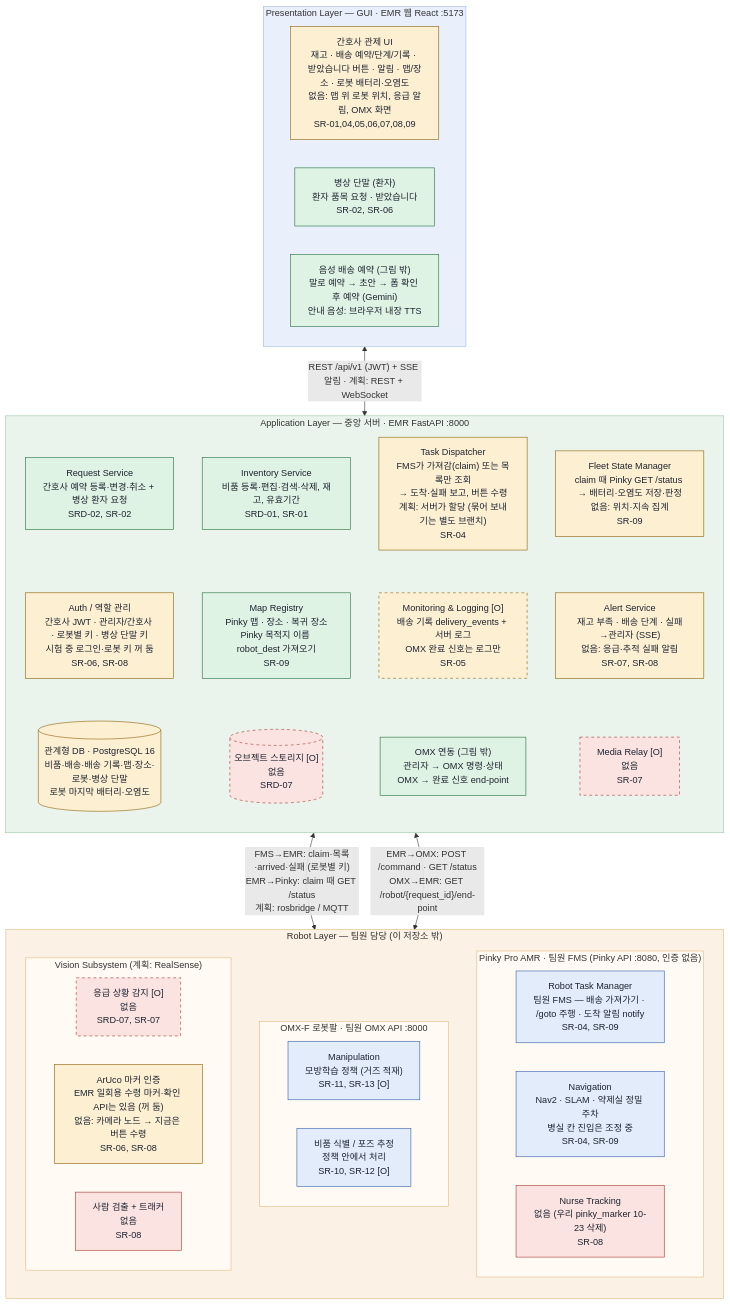
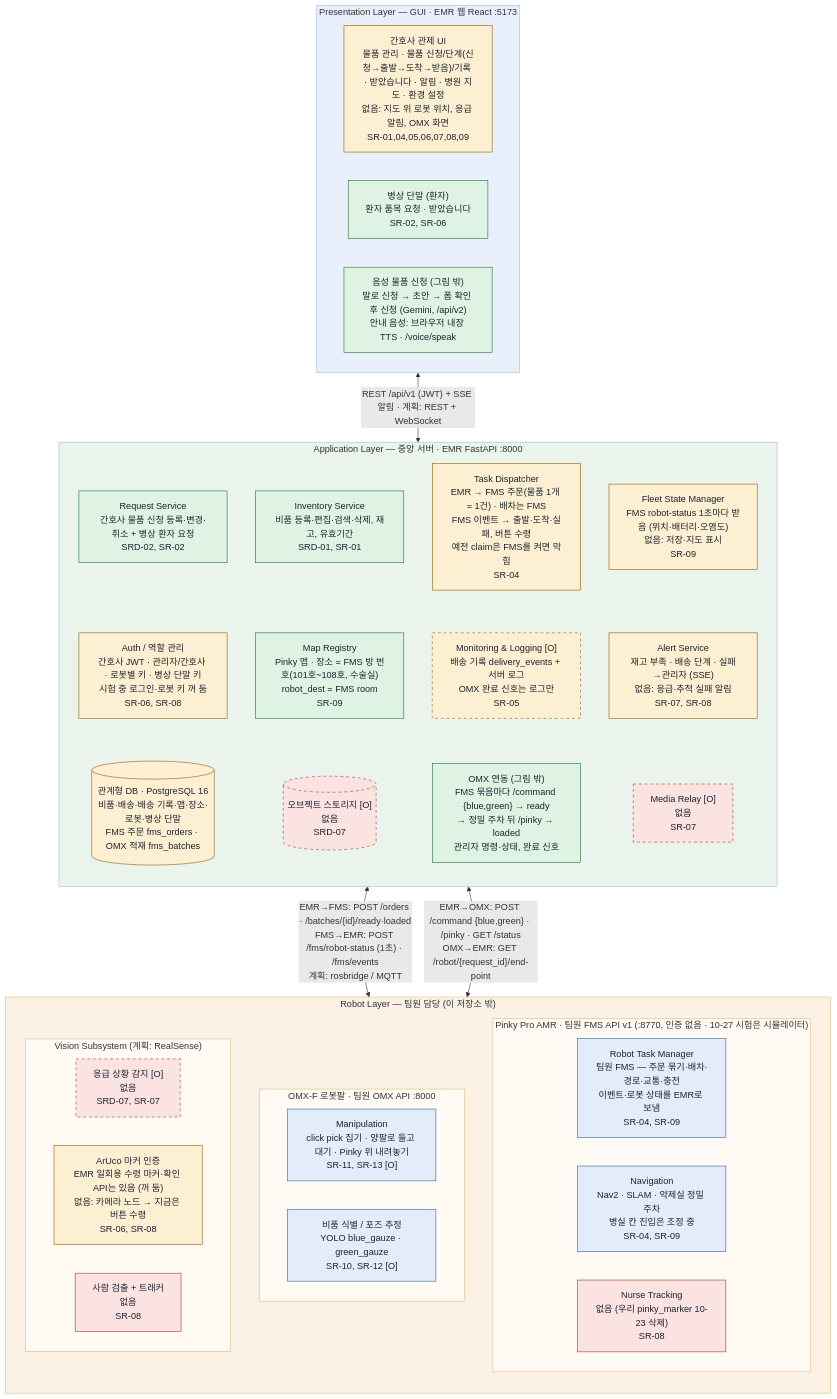
Before and after one commit to kernel-robot-9th/kernel-robot-repo-2: the diagram in docs/architecture/sw_3layer.mmd, drawn with Mermaid. The commit also changed 43 other files, not shown here.

First line of the commit message:
EMR ↔ FMS API v1·OMX 연동: 주문 보내기·이벤트로 배송 단계, FMS 묶음을 실제 OMX로 싣기 + 아키텍처 10-27

```diff
--- a/docs/architecture/sw_3layer.mmd
+++ b/docs/architecture/sw_3layer.mmd
@@ -1,72 +1,73 @@
 flowchart TB
-  %% 병원 배송 로봇 SW 3계층 구조 — 지금 구현 기준 (2026-10-26, calibration 브랜치)
+  %% 병원 배송 로봇 SW 3계층 구조 — 지금 구현 기준 (2026-10-27, calibration 브랜치)
+  %% EMR = 상위 관제: 바깥 연결은 팀원 FMS·팀원 OMX 둘뿐 (Pinky에 직접 붙지 않음)
   %% draw.io: Arrange > Insert > Advanced > Mermaid 에 붙여 넣기
   %% 색: 초록=구현 / 노랑=일부·다르게 / 빨강=없음 / 파랑=팀원 담당(이 저장소 밖), 점선 테두리=Priority O(옵션)
   %% 뺀 것: 비상 조작 콘솔, Safety Monitor
 
   subgraph P["Presentation Layer — GUI · EMR 웹 React :5173"]
     direction LR
-    UI["간호사 관제 UI<br/>재고 · 배송 예약/단계/기록 · 받았습니다 버튼 · 알림 · 맵/장소 · 로봇 배터리·오염도<br/>없음: 맵 위 로봇 위치, 응급 알림, OMX 화면<br/>SR-01,04,05,06,07,08,09"]:::part
+    UI["간호사 관제 UI<br/>물품 관리 · 물품 신청/단계(신청→출발→도착→받음)/기록 · 받았습니다 · 알림 · 병원 지도 · 환경 설정<br/>없음: 지도 위 로봇 위치, 응급 알림, OMX 화면<br/>SR-01,04,05,06,07,08,09"]:::part
     BED["병상 단말 (환자)<br/>환자 품목 요청 · 받았습니다<br/>SR-02, SR-06"]:::ok
-    VOI["음성 배송 예약 (그림 밖)<br/>말로 예약 → 초안 → 폼 확인 후 예약 (Gemini)<br/>안내 음성: 브라우저 내장 TTS"]:::ok
+    VOI["음성 물품 신청 (그림 밖)<br/>말로 신청 → 초안 → 폼 확인 후 신청 (Gemini, /api/v2)<br/>안내 음성: 브라우저 내장 TTS · /voice/speak"]:::ok
   end
 
   subgraph A["Application Layer — 중앙 서버 · EMR FastAPI :8000"]
     direction TB
-    REQ["Request Service<br/>간호사 예약 등록·변경·취소 + 병상 환자 요청<br/>SRD-02, SR-02"]:::ok
+    REQ["Request Service<br/>간호사 물품 신청 등록·변경·취소 + 병상 환자 요청<br/>SRD-02, SR-02"]:::ok
     INV["Inventory Service<br/>비품 등록·편집·검색·삭제, 재고, 유효기간<br/>SRD-01, SR-01"]:::ok
-    DSP["Task Dispatcher<br/>FMS가 가져감(claim) 또는 목록만 조회<br/>→ 도착·실패 보고, 버튼 수령<br/>계획: 서버가 할당 (묶어 보내기는 별도 브랜치)<br/>SR-04"]:::part
-    FLT["Fleet State Manager<br/>claim 때 Pinky GET /status → 배터리·오염도 저장·판정<br/>없음: 위치·지속 집계<br/>SR-09"]:::part
+    DSP["Task Dispatcher<br/>EMR → FMS 주문(물품 1개 = 1건) · 배차는 FMS<br/>FMS 이벤트 → 출발·도착·실패, 버튼 수령<br/>예전 claim은 FMS를 켜면 막힘<br/>SR-04"]:::part
+    FLT["Fleet State Manager<br/>FMS robot-status 1초마다 받음 (위치·배터리·오염도)<br/>없음: 저장·지도 표시<br/>SR-09"]:::part
     ALT["Alert Service<br/>재고 부족 · 배송 단계 · 실패→관리자 (SSE)<br/>없음: 응급·추적 실패 알림<br/>SR-07, SR-08"]:::part
     AUTH["Auth / 역할 관리<br/>간호사 JWT · 관리자/간호사 · 로봇별 키 · 병상 단말 키<br/>시험 중 로그인·로봇 키 꺼 둠<br/>SR-06, SR-08"]:::part
     LOG["Monitoring & Logging [O]<br/>배송 기록 delivery_events + 서버 로그<br/>OMX 완료 신호는 로그만<br/>SR-05"]:::partopt
     MED["Media Relay [O]<br/>없음<br/>SR-07"]:::noneopt
-    MAP["Map Registry<br/>Pinky 맵 · 장소 · 복귀 장소<br/>Pinky 목적지 이름 robot_dest 가져오기<br/>SR-09"]:::ok
-    OMXC["OMX 연동 (그림 밖)<br/>관리자 → OMX 명령·상태<br/>OMX → 완료 신호 end-point"]:::ok
-    DB[("관계형 DB · PostgreSQL 16<br/>비품·배송·배송 기록·맵·장소·로봇·병상 단말<br/>로봇 마지막 배터리·오염도")]:::part
+    MAP["Map Registry<br/>Pinky 맵 · 장소 = FMS 방 번호(101호~108호, 수술실)<br/>robot_dest = FMS room<br/>SR-09"]:::ok
+    OMXC["OMX 연동 (그림 밖)<br/>FMS 묶음마다 /command {blue,green} → ready<br/>→ 정밀 주차 뒤 /pinky → loaded<br/>관리자 명령·상태, 완료 신호"]:::ok
+    DB[("관계형 DB · PostgreSQL 16<br/>비품·배송·배송 기록·맵·장소·로봇·병상 단말<br/>FMS 주문 fms_orders · OMX 적재 fms_batches")]:::part
     OBJ[("오브젝트 스토리지 [O]<br/>없음<br/>SRD-07")]:::noneopt
     %% 보이지 않는 연결로 4열 배치 (서비스 → 횡단 기능 → 저장소)
     REQ ~~~ AUTH ~~~ DB
     INV ~~~ MAP ~~~ OBJ
     DSP ~~~ LOG ~~~ OMXC
     FLT ~~~ ALT ~~~ MED
   end
 
   subgraph R["Robot Layer — 팀원 담당 (이 저장소 밖)"]
     direction TB
-    subgraph RP["Pinky Pro AMR · 팀원 FMS (Pinky API :8080, 인증 없음)"]
+    subgraph RP["Pinky Pro AMR · 팀원 FMS API v1 (:8770, 인증 없음 · 10-27 시험은 시뮬레이터)"]
       direction LR
-      RTM["Robot Task Manager<br/>팀원 FMS — 배송 가져가기 · /goto 주행 · 도착 알림 notify<br/>SR-04, SR-09"]:::team
+      RTM["Robot Task Manager<br/>팀원 FMS — 주문 묶기·배차·경로·교통·충전<br/>이벤트·로봇 상태를 EMR로 보냄<br/>SR-04, SR-09"]:::team
       NAV["Navigation<br/>Nav2 · SLAM · 약제실 정밀 주차<br/>병실 칸 진입은 조정 중<br/>SR-04, SR-09"]:::team
       TRK["Nurse Tracking<br/>없음 (우리 pinky_marker 10-23 삭제)<br/>SR-08"]:::none
     end
     subgraph RO["OMX-F 로봇팔 · 팀원 OMX API :8000"]
       direction LR
-      MAN["Manipulation<br/>모방학습 정책 (거즈 적재)<br/>SR-11, SR-13 [O]"]:::team
-      VID["비품 식별 / 포즈 추정<br/>정책 안에서 처리<br/>SR-10, SR-12 [O]"]:::team
+      MAN["Manipulation<br/>click pick 집기 · 양팔로 들고 대기 · Pinky 위 내려놓기<br/>SR-11, SR-13 [O]"]:::team
+      VID["비품 식별 / 포즈 추정<br/>YOLO blue_gauze · green_gauze<br/>SR-10, SR-12 [O]"]:::team
     end
     subgraph V["Vision Subsystem (계획: RealSense)"]
       direction LR
       EMG["응급 상황 감지 [O]<br/>없음<br/>SRD-07, SR-07"]:::noneopt
       ARU["ArUco 마커 인증<br/>EMR 일회용 수령 마커·확인 API는 있음 (꺼 둠)<br/>없음: 카메라 노드 → 지금은 버튼 수령<br/>SR-06, SR-08"]:::part
       PER["사람 검출 + 트래커<br/>없음<br/>SR-08"]:::none
     end
   end
 
   P <-->|"REST /api/v1 (JWT) + SSE 알림 · 계획: REST + WebSocket"| A
-  A <-->|"FMS→EMR: claim·목록·arrived·실패 (로봇별 키)<br/>EMR→Pinky: claim 때 GET /status<br/>계획: rosbridge / MQTT"| RP
-  A <-->|"EMR→OMX: POST /command · GET /status<br/>OMX→EMR: GET /robot/{request_id}/end-point"| RO
+  A <-->|"EMR→FMS: POST /orders · /batches/{id}/ready·loaded<br/>FMS→EMR: POST /fms/robot-status (1초) · /fms/events<br/>계획: rosbridge / MQTT"| RP
+  A <-->|"EMR→OMX: POST /command {blue,green} · /pinky · GET /status<br/>OMX→EMR: GET /robot/{request_id}/end-point"| RO
 
   classDef ok fill:#dff3e4,stroke:#1d6b34,color:#1d2330
   classDef part fill:#fdf0d2,stroke:#8a5a00,color:#1d2330
   classDef none fill:#fbe3e1,stroke:#a3302a,color:#1d2330
   classDef team fill:#e3ecfb,stroke:#2f5aa8,color:#1d2330
   classDef partopt fill:#fdf0d2,stroke:#8a5a00,color:#1d2330,stroke-dasharray:5 5
   classDef noneopt fill:#fbe3e1,stroke:#a3302a,color:#1d2330,stroke-dasharray:5 5
 
   style P fill:#e9f0fb,stroke:#9db6e0
   style A fill:#eaf4ec,stroke:#9cc7a6
   style R fill:#fbf1e4,stroke:#e2b980
   style RP fill:#fffaf3,stroke:#e2b980
   style RO fill:#fffaf3,stroke:#e2b980
   style V fill:#fffaf3,stroke:#e2b980
```
